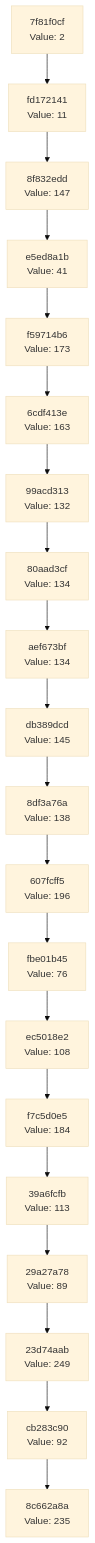
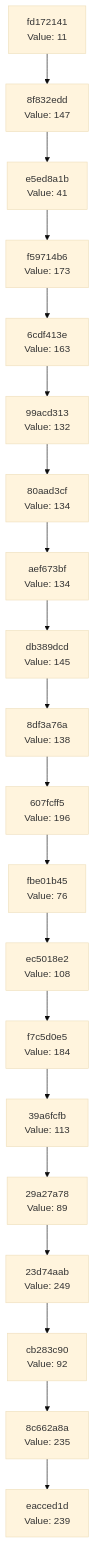
One commit to Abhisheksinha1506/hash-chain-evolver changed the diagram in docs/CHAIN_VISUALIZATION.md. Above: the diagram before and after it, drawn with Mermaid (base theme). The commit also changed 2 other files, not shown here.

Commit message:
Evolution Step

````diff
--- a/docs/CHAIN_VISUALIZATION.md
+++ b/docs/CHAIN_VISUALIZATION.md
@@ -3,42 +3,42 @@
 ```mermaid
 graph TD
-    C0["8c662a8a<br/>Value: 235"]
-    C1["cb283c90<br/>Value: 92"]
+    C0["eacced1d<br/>Value: 239"]
+    C1["8c662a8a<br/>Value: 235"]
     C1 --> C0
-    C2["23d74aab<br/>Value: 249"]
+    C2["cb283c90<br/>Value: 92"]
     C2 --> C1
-    C3["29a27a78<br/>Value: 89"]
+    C3["23d74aab<br/>Value: 249"]
     C3 --> C2
-    C4["39a6fcfb<br/>Value: 113"]
+    C4["29a27a78<br/>Value: 89"]
     C4 --> C3
-    C5["f7c5d0e5<br/>Value: 184"]
+    C5["39a6fcfb<br/>Value: 113"]
     C5 --> C4
-    C6["ec5018e2<br/>Value: 108"]
+    C6["f7c5d0e5<br/>Value: 184"]
     C6 --> C5
-    C7["fbe01b45<br/>Value: 76"]
+    C7["ec5018e2<br/>Value: 108"]
     C7 --> C6
-    C8["607fcff5<br/>Value: 196"]
+    C8["fbe01b45<br/>Value: 76"]
     C8 --> C7
-    C9["8df3a76a<br/>Value: 138"]
+    C9["607fcff5<br/>Value: 196"]
     C9 --> C8
-    C10["db389dcd<br/>Value: 145"]
+    C10["8df3a76a<br/>Value: 138"]
     C10 --> C9
-    C11["aef673bf<br/>Value: 134"]
+    C11["db389dcd<br/>Value: 145"]
     C11 --> C10
-    C12["80aad3cf<br/>Value: 134"]
+    C12["aef673bf<br/>Value: 134"]
     C12 --> C11
-    C13["99acd313<br/>Value: 132"]
+    C13["80aad3cf<br/>Value: 134"]
     C13 --> C12
-    C14["6cdf413e<br/>Value: 163"]
+    C14["99acd313<br/>Value: 132"]
     C14 --> C13
-    C15["f59714b6<br/>Value: 173"]
+    C15["6cdf413e<br/>Value: 163"]
     C15 --> C14
-    C16["e5ed8a1b<br/>Value: 41"]
+    C16["f59714b6<br/>Value: 173"]
     C16 --> C15
-    C17["8f832edd<br/>Value: 147"]
+    C17["e5ed8a1b<br/>Value: 41"]
     C17 --> C16
-    C18["fd172141<br/>Value: 11"]
+    C18["8f832edd<br/>Value: 147"]
     C18 --> C17
-    C19["7f81f0cf<br/>Value: 2"]
+    C19["fd172141<br/>Value: 11"]
     C19 --> C18
 ```
````
